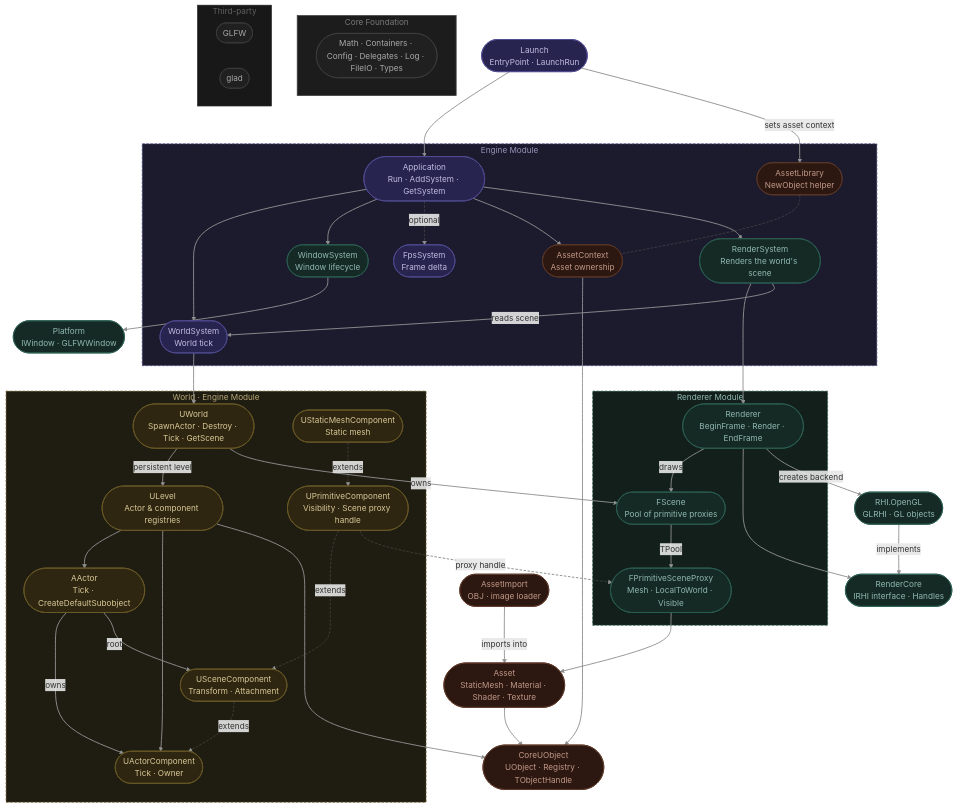
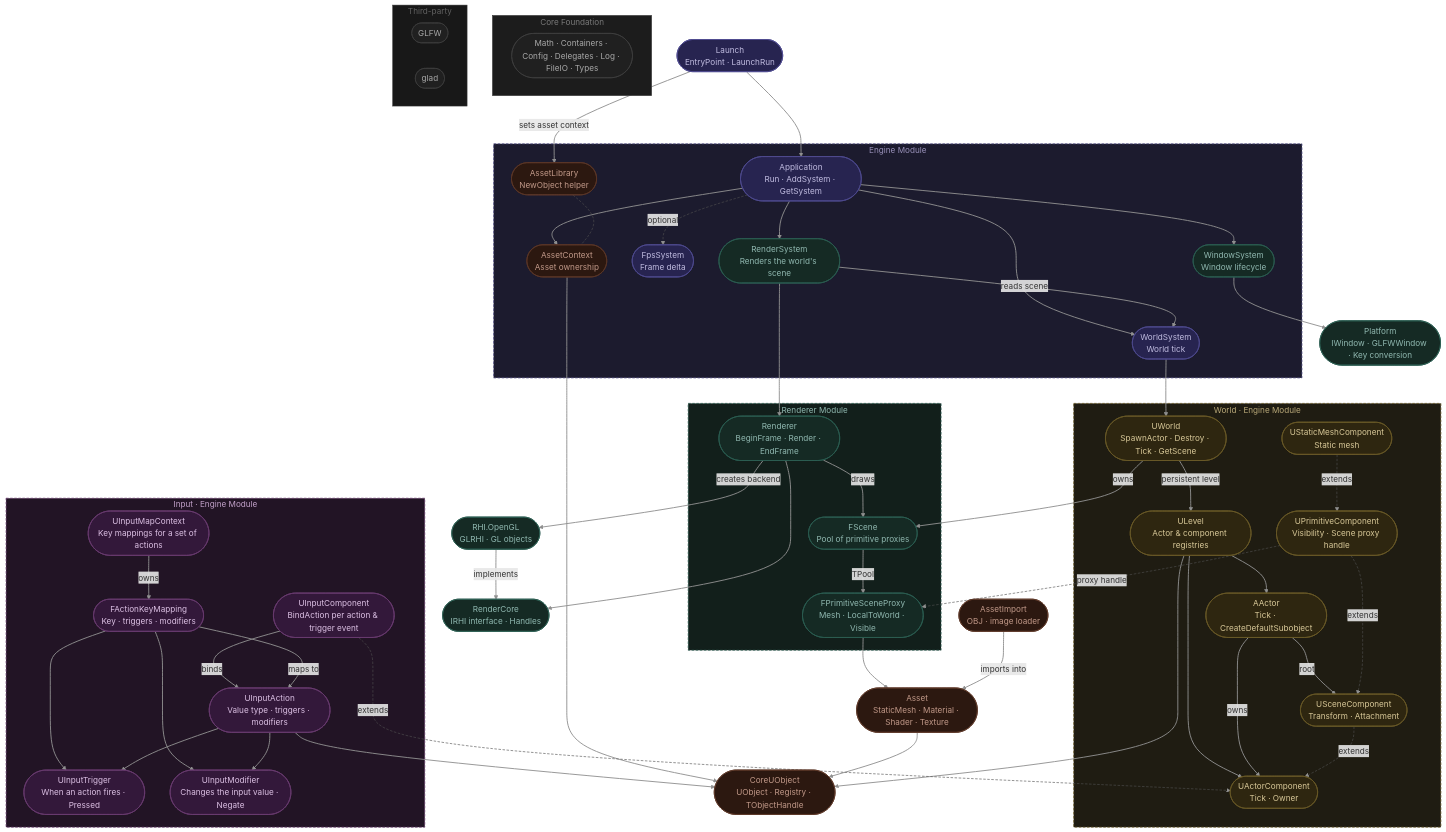
The diagram in README.md (ShotaKhakhishvili/KIU_ClubEngine), drawn with Mermaid before and after one commit. The commit also changed other lines of this file, not shown here.

````diff
--- a/README.md
+++ b/README.md
@@ -30,6 +30,15 @@
         UStaticMeshComponent(["UStaticMeshComponent<br/>Static mesh"])
     end
 
+    subgraph InputLayer["  Input · Engine Module  "]
+        UInputComponent(["UInputComponent<br/>BindAction per action & trigger event"])
+        UInputMapContext(["UInputMapContext<br/>Key mappings for a set of actions"])
+        FActionKeyMapping(["FActionKeyMapping<br/>Key · triggers · modifiers"])
+        UInputAction(["UInputAction<br/>Value type · triggers · modifiers"])
+        UInputTrigger(["UInputTrigger<br/>When an action fires · Pressed"])
+        UInputModifier(["UInputModifier<br/>Changes the input value · Negate"])
+    end
+
     subgraph RendererModule["  Renderer Module  "]
         Renderer(["Renderer<br/>BeginFrame · Render · EndFrame"])
         FScene(["FScene<br/>Pool of primitive proxies"])
@@ -37,7 +46,7 @@
     end
 
     CoreUObject(["CoreUObject<br/>UObject · Registry · TObjectHandle"])
-    Platform(["Platform<br/>IWindow · GLFWWindow"])
+    Platform(["Platform<br/>IWindow · GLFWWindow · Key conversion"])
     Asset(["Asset<br/>StaticMesh · Material · Shader · Texture"])
     AssetImport(["AssetImport<br/>OBJ · image loader"])
     RenderCore(["RenderCore<br/>IRHI interface · Handles"])
@@ -90,11 +99,22 @@
     Renderer -->|creates backend| RHI_OpenGL
     RHI_OpenGL -->|implements| RenderCore
 
+    UInputComponent -.->|extends| UActorComponent
+    UInputComponent -->|binds| UInputAction
+    UInputMapContext -->|owns| FActionKeyMapping
+    FActionKeyMapping -->|maps to| UInputAction
+    FActionKeyMapping --> UInputTrigger
+    FActionKeyMapping --> UInputModifier
+    UInputAction --> UInputTrigger
+    UInputAction --> UInputModifier
+    UInputAction --> CoreUObject
+
     linkStyle default stroke:#909090,stroke-width:1.8px
-    linkStyle 4,7,18,19,20,21 stroke:#505050,stroke-width:1.2px,stroke-dasharray:5 3
+    linkStyle 4,7,18,19,20,21,32 stroke:#505050,stroke-width:1.2px,stroke-dasharray:5 3
 
     style EngineModule   fill:#1c1b2e,stroke:#4a4880,stroke-width:1.5px,stroke-dasharray:5 3,color:#9890b8
     style WorldLayer     fill:#1f1c12,stroke:#6a5a28,stroke-width:1.5px,stroke-dasharray:5 3,color:#b8a878
+    style InputLayer     fill:#221425,stroke:#6a3c70,stroke-width:1.5px,stroke-dasharray:5 3,color:#c0a0c8
     style RendererModule fill:#121f1b,stroke:#2c5e52,stroke-width:1.5px,stroke-dasharray:5 3,color:#90b8b0
     style CoreFoundation fill:#1c1c1c,stroke:#424242,stroke-width:1.5px,color:#787878
     style ThirdParty     fill:#181818,stroke:#383838,stroke-width:1px,color:#606060
@@ -103,11 +123,13 @@
     classDef runtime       fill:#152a24,stroke:#2c5e52,stroke-width:1.5px,color:#90b8b0
     classDef asset         fill:#2c1810,stroke:#5c3828,stroke-width:1.5px,color:#c09888
     classDef world         fill:#2e2610,stroke:#6a5a28,stroke-width:1.5px,color:#d8c898
+    classDef input         fill:#33183a,stroke:#6a3c70,stroke-width:1.5px,color:#dcc0e4
     classDef foundation    fill:#202020,stroke:#444444,stroke-width:1px,color:#a8a8a8
 
     class Launch,Application,FpsSystem,WorldSystem orchestration
     class RenderSystem,WindowSystem,Renderer,FScene,FPrimitiveSceneProxy,Platform,RenderCore,RHI_OpenGL runtime
     class AssetContext,AssetLibrary,CoreUObject,Asset,AssetImport asset
     class UWorld,ULevel,AActor,UActorComponent,USceneComponent,UPrimitiveComponent,UStaticMeshComponent world
+    class UInputComponent,UInputMapContext,FActionKeyMapping,UInputAction,UInputTrigger,UInputModifier input
     class Core,GLFW,glad foundation
 ```
````
